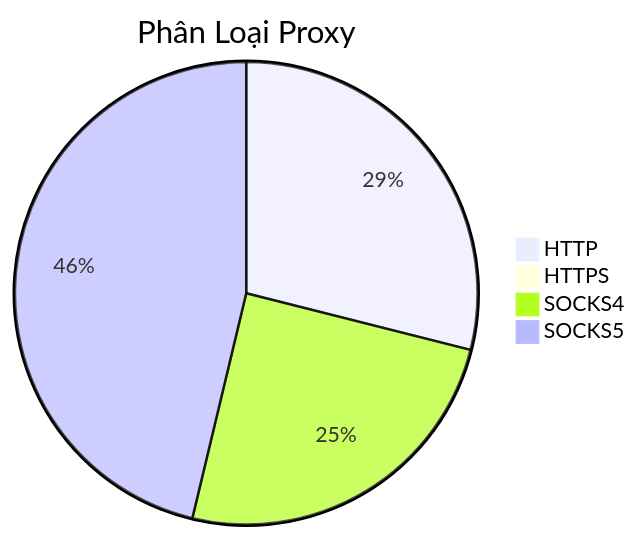
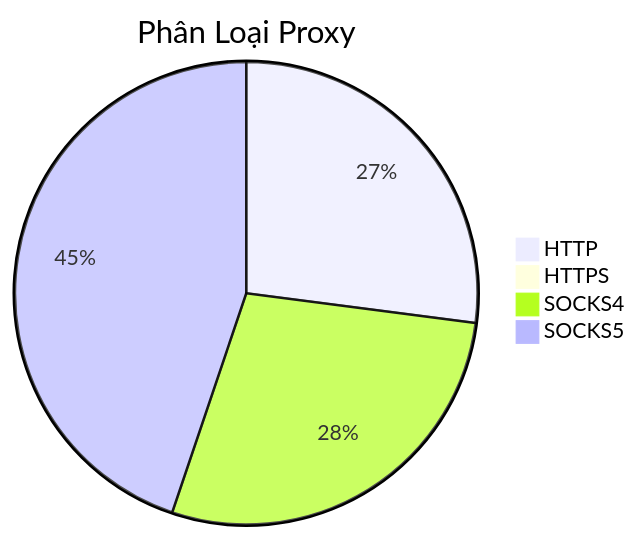
One commit to Ciara-Aa/PROXY-free changed the diagram in README.md. Above: the diagram before and after it, drawn with Mermaid. The commit also changed other lines of this file and 4 other files, not shown here.

````diff
--- a/README.md
+++ b/README.md
@@ -26,7 +26,7 @@
 ```mermaid
 pie title Phân Loại Proxy
-    "HTTP" : 259
-    "HTTPS" : 1
-    "SOCKS4" : 222
-    "SOCKS5" : 414
+    "HTTP" : 253
+    "HTTPS" : 3
+    "SOCKS4" : 263
+    "SOCKS5" : 419
 ```
````
